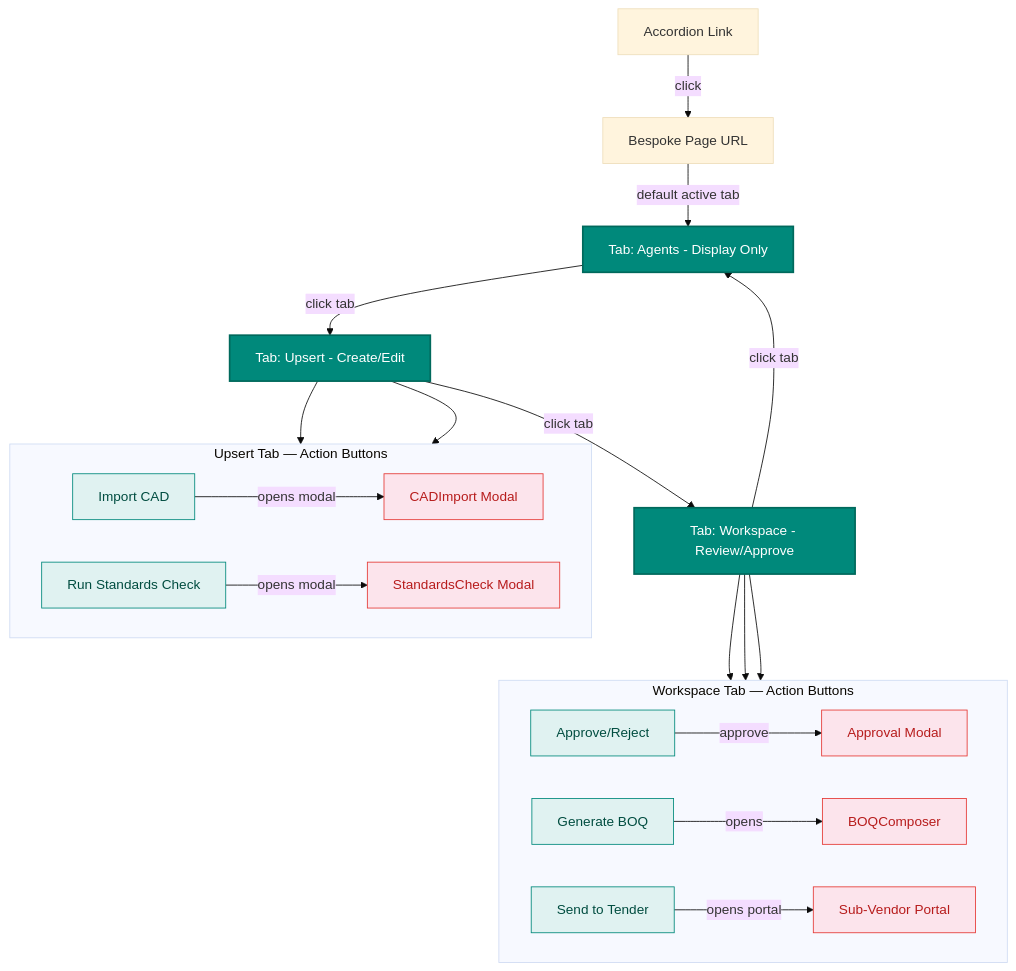
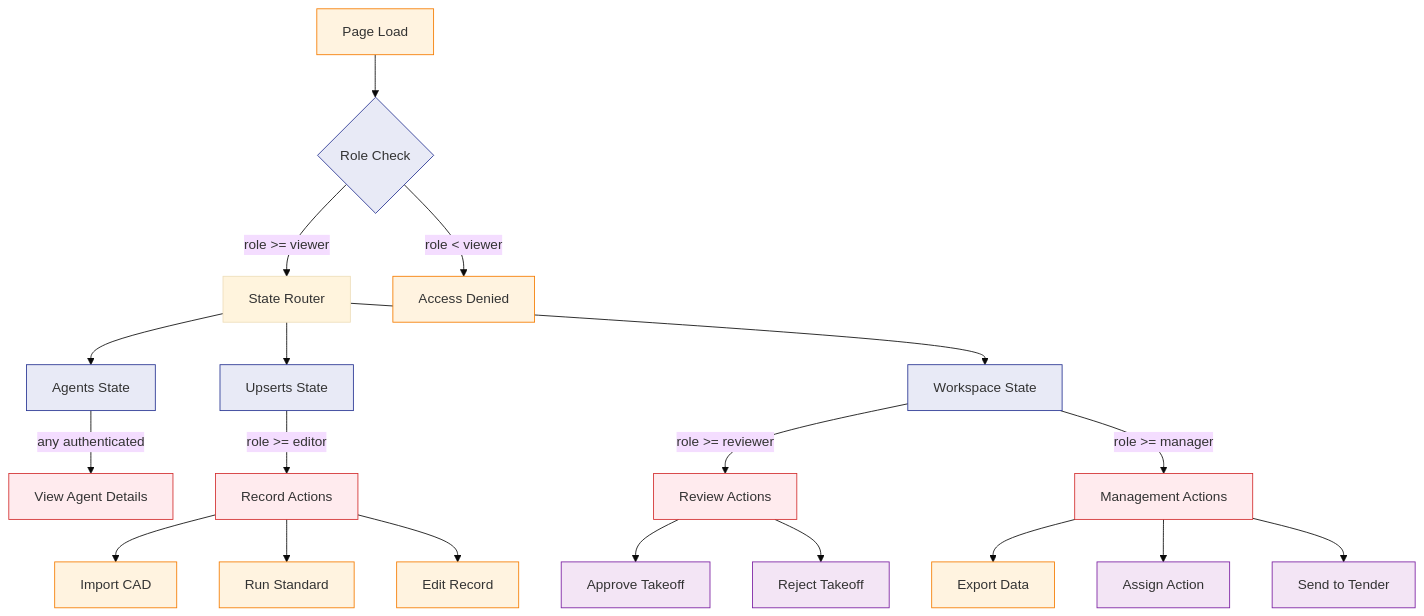
One commit to Construct-AI-primary/docs-paperclip changed the sixth of 14 diagrams in disciplines-shared/measurement/UI-UX-SPECIFICATION.md. Above: the diagram before and after it, drawn with Mermaid (base theme). The commit also changed other lines of this file and 576 other files, not shown here.

First line of the commit message:
UI-UX specification updates across disciplines, new mermaid templates, knowledge templates, and project specs

````diff
--- a/disciplines-shared/measurement/UI-UX-SPECIFICATION.md
+++ b/disciplines-shared/measurement/UI-UX-SPECIFICATION.md
@@ -384,38 +388,37 @@
 ```mermaid
 flowchart TD
-    ACCORDION[Accordion Link] -->|click| PAGE["Bespoke Page URL"]
+    classDef page fill:#fff3e0,stroke:#f57c00
+    classDef state fill:#e8eaf6,stroke:#283593
+    classDef gate fill:#ffebee,stroke:#d32f2f
+    classDef action fill:#fff3e0,stroke:#f57c00
+    classDef modal fill:#f3e5f5,stroke:#7b1fa2
 
-    %% ─── Three Navigation Tabs ───
-    PAGE -->|default active tab| AGENTS[Tab: Agents - Display Only]
-    AGENTS -->|click tab| UPSERT[Tab: Upsert - Create/Edit]
-    UPSERT -->|click tab| WORKSPACE[Tab: Workspace - Review/Approve]
-    WORKSPACE -->|click tab| AGENTS
+    Load[Page Load] --> Rights{Role Check}
+    Rights -->|role >= viewer| Router[State Router]
+    Rights -->|role < viewer| Denied[Access Denied]
 
-    %% ─── Actions inside Upsert tab ───
-    subgraph UPSERT_ACTIONS[Upsert Tab — Action Buttons]
-        direction LR
-        UPSERT_B1[Import CAD] -->|opens modal| MODAL_CAD[CADImport Modal]
-        UPSERT_B2[Run Standards Check] -->|opens modal| MODAL_STD[StandardsCheck Modal]
-    end
-    UPSERT --> UPSERT_B1
-    UPSERT --> UPSERT_B2
+    Router --> Agents[Agents State]
+    Router --> Upserts[Upserts State]
+    Router --> Workspace[Workspace State]
 
-    %% ─── Actions inside Workspace tab ───
-    subgraph WORKSPACE_ACTIONS[Workspace Tab — Action Buttons]
-        direction LR
-        WORK_B1[Approve/Reject] -->|approve| MODAL_APPR[Approval Modal]
-        WORK_B2[Generate BOQ] -->|opens| MODAL_BOQ[BOQComposer]
-        WORK_B3[Send to Tender] -->|opens portal| PORTAL[Sub-Vendor Portal]
-    end
-    WORKSPACE --> WORK_B1
-    WORKSPACE --> WORK_B2
-    WORKSPACE --> WORK_B3
+    Agents -->|any authenticated| ViewAgent[View Agent Details]
 
-    %% ─── Style: tabs vs buttons ───
-    classDef tab fill:#00897B,color:#fff,stroke:#00695C,stroke-width:2px
-    classDef tabAction fill:#e0f2f1,color:#004d40,stroke:#00897B,stroke-width:1px
-    classDef modal fill:#fce4ec,color:#b71c1c,stroke:#e53935,stroke-width:1px
-    class AGENTS,UPSERT,WORKSPACE tab
-    class UPSERT_B1,UPSERT_B2,WORK_B1,WORK_B2,WORK_B3 tabAction
-    class MODAL_CAD,MODAL_STD,MODAL_APPR,MODAL_BOQ,PORTAL modal
+    Upserts -->|role >= editor| RecordActions[Record Actions]
+    RecordActions --> ImportCAD[Import CAD]
+    RecordActions --> RunStandard[Run Standard]
+    RecordActions --> EditRecord[Edit Record]
+
+    Workspace -->|role >= reviewer| ReviewActions[Review Actions]
+    ReviewActions --> ApproveTakeoff[Approve Takeoff]
+    ReviewActions --> RejectTakeoff[Reject Takeoff]
+    Workspace -->|role >= manager| ManagementActions[Management Actions]
+    ManagementActions --> ExportAction[Export Data]
+    ManagementActions --> AssignAction[Assign Action]
+    ManagementActions --> SendTender[Send to Tender]
+
+    class Load,Denied page
+    class Rights,Agents,Upserts,Workspace state
+    class ViewAgent,RecordActions,ReviewActions,ManagementActions gate
+    class ImportCAD,RunStandard,EditRecord,ExportAction action
+    class ApproveTakeoff,RejectTakeoff,AssignAction,SendTender modal
 ```
````
